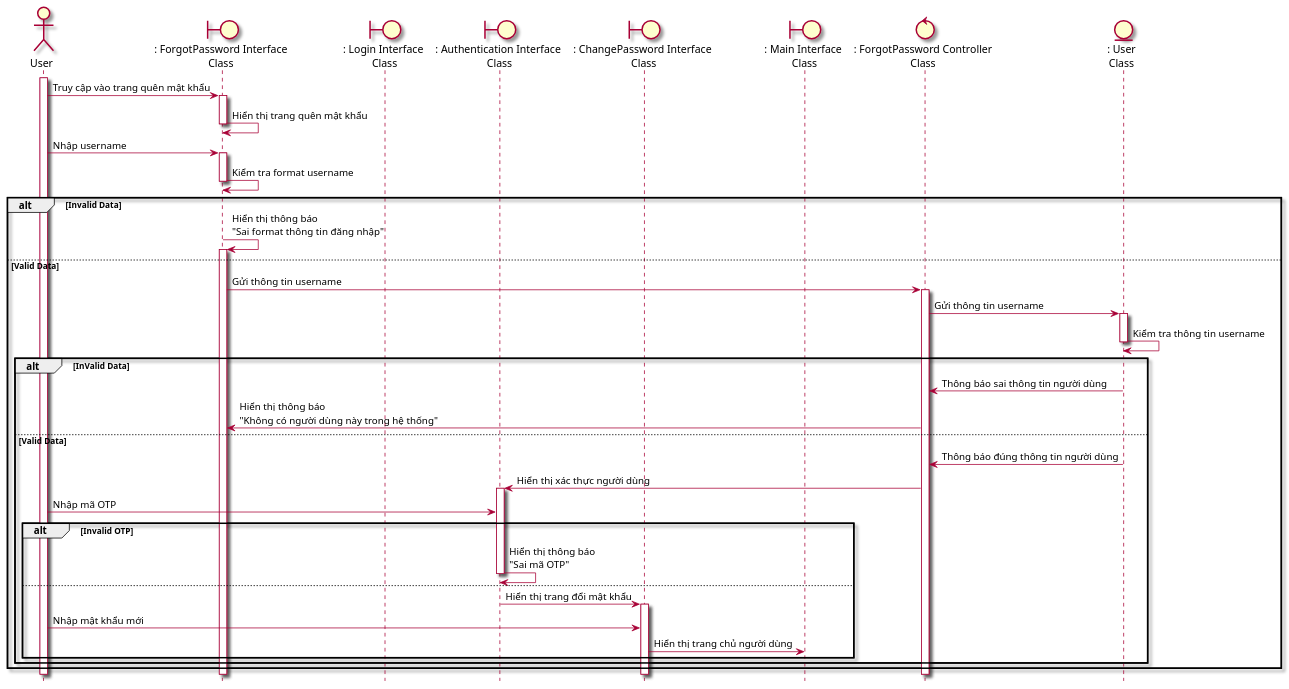
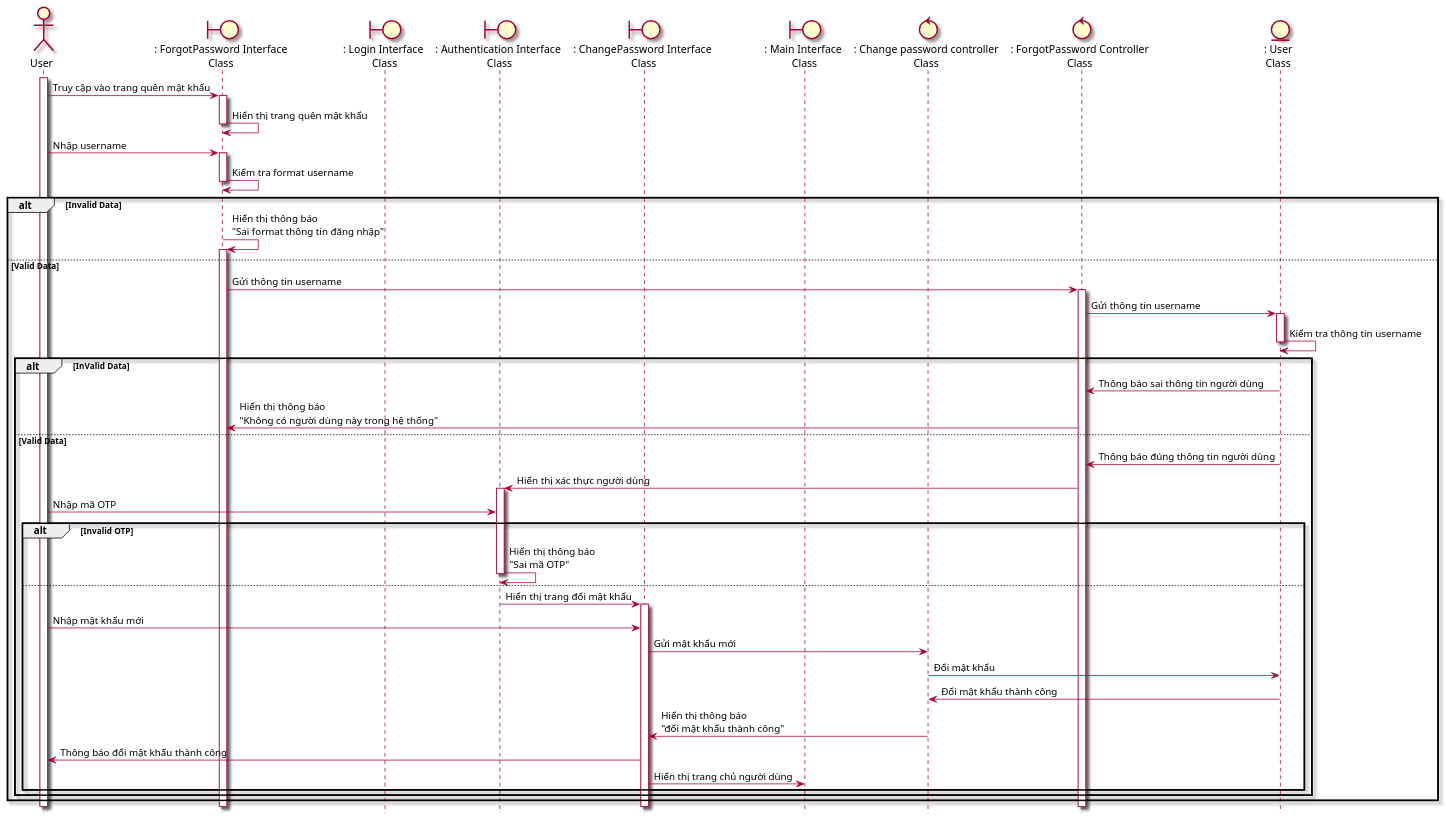
The diagram in Lab1/Lab 1.2 Diagram/Sequence/FilePUML/1.4 SeqQuenMatKhau.puml (Griselda4774/EAS-EmploymentAssistanceSystem), drawn with PlantUML before and after one commit. The commit also changed 10 other files, not shown here.

```diff
--- a/Lab1/Lab 1.2 Diagram/Sequence/FilePUML/1.4 SeqQuenMatKhau.puml
+++ b/Lab1/Lab 1.2 Diagram/Sequence/FilePUML/1.4 SeqQuenMatKhau.puml
@@ -1,40 +1,45 @@
 @startuml SeqQuenMatKhau
 skin rose
 hide footbox
 actor user as "User"
 boundary forgotPassInterface as ": ForgotPassword Interface\nClass"
 boundary loginInterface as ": Login Interface\n Class"
 boundary authenticationInterface as ": Authentication Interface\n Class"
 boundary changePassInterface as ": ChangePassword Interface\n Class"
 boundary mainInterface as ": Main Interface\n Class"
-
+control changePassController as ": Change password controller\nClass"
 control forgotPassController as ": ForgotPassword Controller\nClass"
 entity User as ": User\nClass"
 user++
 user -> forgotPassInterface++: Truy cập vào trang quên mật khẩu
 forgotPassInterface -> forgotPassInterface--: Hiển thị trang quên mật khẩu
 user -> forgotPassInterface++: Nhập username 
 forgotPassInterface -> forgotPassInterface--: Kiểm tra format username
 alt Invalid Data
     forgotPassInterface -> forgotPassInterface++: Hiển thị thông báo\n"Sai format thông tin đăng nhập"
 else Valid Data
     forgotPassInterface -> forgotPassController++: Gửi thông tin username
     forgotPassController -> User++: Gửi thông tin username
     User -> User--: Kiểm tra thông tin username
     alt InValid Data
         User->forgotPassController: Thông báo sai thông tin người dùng
         forgotPassController -> forgotPassInterface: Hiển thị thông báo\n"Không có người dùng này trong hệ thống"
     else Valid Data
         User->forgotPassController--: Thông báo đúng thông tin người dùng
         forgotPassController -> authenticationInterface++: Hiển thị xác thực người dùng
         user -> authenticationInterface: Nhập mã OTP
         alt Invalid OTP
         authenticationInterface -> authenticationInterface--: Hiển thị thông báo\n"Sai mã OTP"
         else
         authenticationInterface -> changePassInterface++: Hiển thị trang đổi mật khẩu
         user -> changePassInterface: Nhập mật khẩu mới
+        changePassInterface -> changePassController: Gửi mật khẩu mới
+        changePassController -> User: Đổi mật khẩu
+        User -> changePassController: Đổi mật khẩu thành công
+        changePassController -> changePassInterface: Hiển thị thông báo \n"đổi mật khẩu thành công"
+        changePassInterface -> user: Thông báo đổi mật khẩu thành công
         changePassInterface -> mainInterface: Hiển thị trang chủ người dùng
         end
     end 
 end
 @enduml
```
